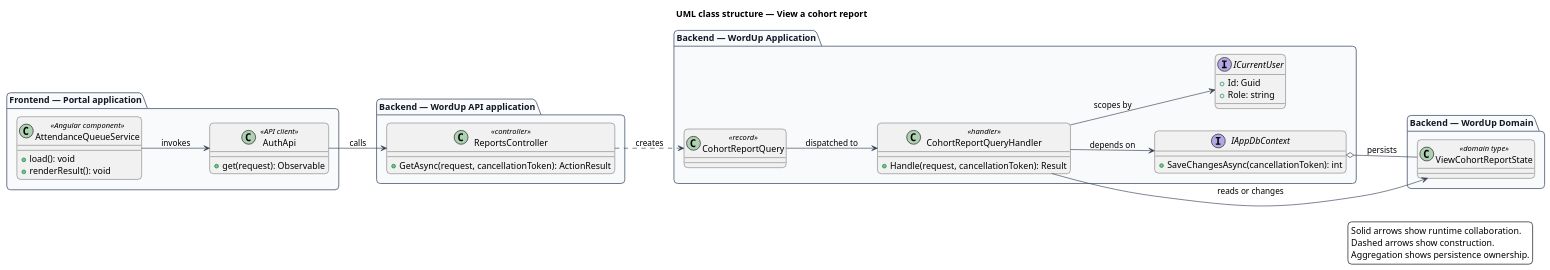
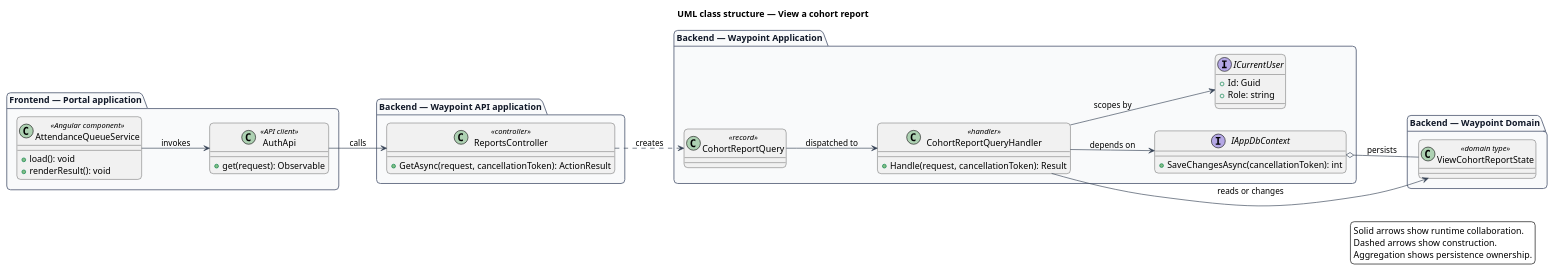
The diagram in docs/detailed-designs/reporting-and-data/view-cohort-report/diagrams/class-structure.puml (QuinntyneBrown/waypoint), drawn with PlantUML before and after one commit. The commit also changed 3610 other files, not shown here.

First line of the commit message:
Rename Word Up to Waypoint across the whole repository

```diff
--- a/docs/detailed-designs/reporting-and-data/view-cohort-report/diagrams/class-structure.puml
+++ b/docs/detailed-designs/reporting-and-data/view-cohort-report/diagrams/class-structure.puml
@@ -1,61 +1,61 @@
 @startuml
 left to right direction
 title UML class structure — View a cohort report
 skinparam backgroundColor #FFFFFF
 skinparam shadowing false
 skinparam roundcorner 12
 skinparam defaultFontName Arial
 skinparam ArrowColor #344054
 skinparam rectangle {
   BorderColor #344054
   FontColor #101828
 }
 skinparam package {
   BorderColor #667085
   FontColor #101828
   BackgroundColor #F9FAFB
 }
 package "Frontend — Portal application" {
   class "AttendanceQueueService" as page_AttendanceQueueService <<Angular component>> {
     +load(): void
     +renderResult(): void
   }
   class "AuthApi" as client_AuthApi <<API client>> {
     +get(request): Observable
   }
 }
-package "Backend — WordUp API application" {
+package "Backend — Waypoint API application" {
   class "ReportsController" as controller_ReportsController <<controller>> {
     +GetAsync(request, cancellationToken): ActionResult
   }
 }
-package "Backend — WordUp Application" {
+package "Backend — Waypoint Application" {
   class "CohortReportQuery" as request_CohortReportQuery <<record>>
   class "CohortReportQueryHandler" as handler_CohortReportQueryHandler <<handler>> {
     +Handle(request, cancellationToken): Result
   }
   interface IAppDbContext {
     +SaveChangesAsync(cancellationToken): int
   }
   interface ICurrentUser {
     +Id: Guid
     +Role: string
   }
 }
-package "Backend — WordUp Domain" {
+package "Backend — Waypoint Domain" {
   class "ViewCohortReportState" as entity_ViewCohortReportState <<domain type>>
 }
 page_AttendanceQueueService --> client_AuthApi : invokes
 client_AuthApi --> controller_ReportsController : calls
 controller_ReportsController ..> request_CohortReportQuery : creates
 request_CohortReportQuery --> handler_CohortReportQueryHandler : dispatched to
 handler_CohortReportQueryHandler --> IAppDbContext : depends on
 handler_CohortReportQueryHandler --> ICurrentUser : scopes by
 handler_CohortReportQueryHandler --> entity_ViewCohortReportState : reads or changes
 IAppDbContext o-- entity_ViewCohortReportState : persists
 legend right
   Solid arrows show runtime collaboration.
   Dashed arrows show construction.
   Aggregation shows persistence ownership.
 endlegend
 @enduml
```
